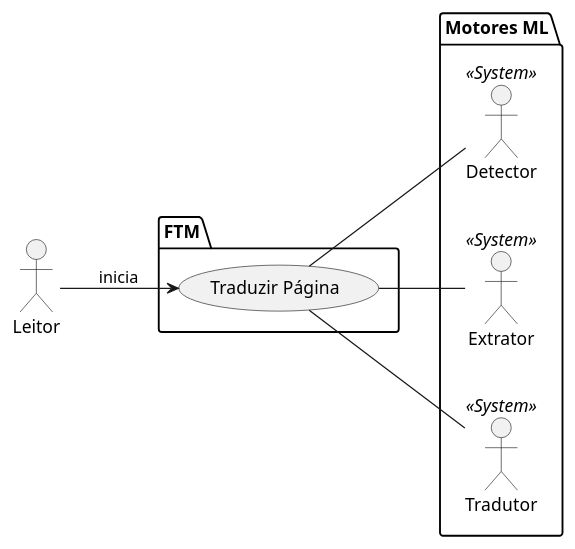
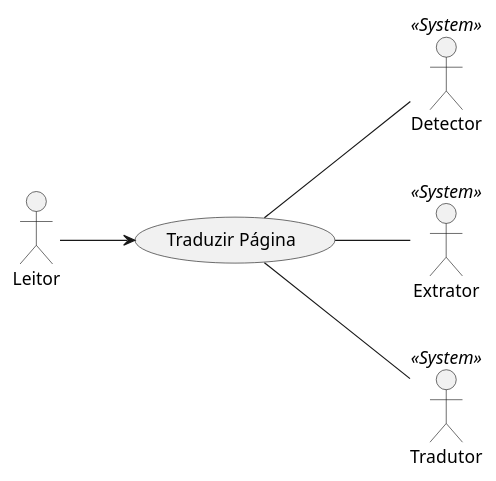
The diagram in docs/diagrams/usecase.pu (Chipskein/ftm), drawn with PlantUML before and after one commit. The commit also changed 4 other files, not shown here.

Commit message:
ajustar diagrams

```diff
--- a/docs/diagrams/usecase.pu
+++ b/docs/diagrams/usecase.pu
@@ -1,25 +1,25 @@
 @startuml
 left to right direction
 
 actor "Leitor" as leitor
 
-package "FTM" {
-    usecase "Traduzir Página" as UC1
-}
+
+usecase "Traduzir Página" as UC1
+
 
 ' Atores Secundários (Sistemas externos ou modelos de IA)
-package "Motores ML" {
-    actor "Detector" as detector << System >>
-    actor "Extrator" as extrator << System >>
-    actor "Tradutor" as tradutor << System >>
-}
+
+actor "Detector" as detector << System >>
+actor "Extrator" as extrator << System >>
+actor "Tradutor" as tradutor << System >>
+
 
 ' Relacionamentos
-leitor --> UC1 : inicia
+leitor --> UC1
 
 ' O Caso de Uso "Traduzir Página" interage com as IAs para ser concluído
 UC1 -- detector
 UC1 -- extrator
 UC1 -- tradutor
 
 @enduml
```
